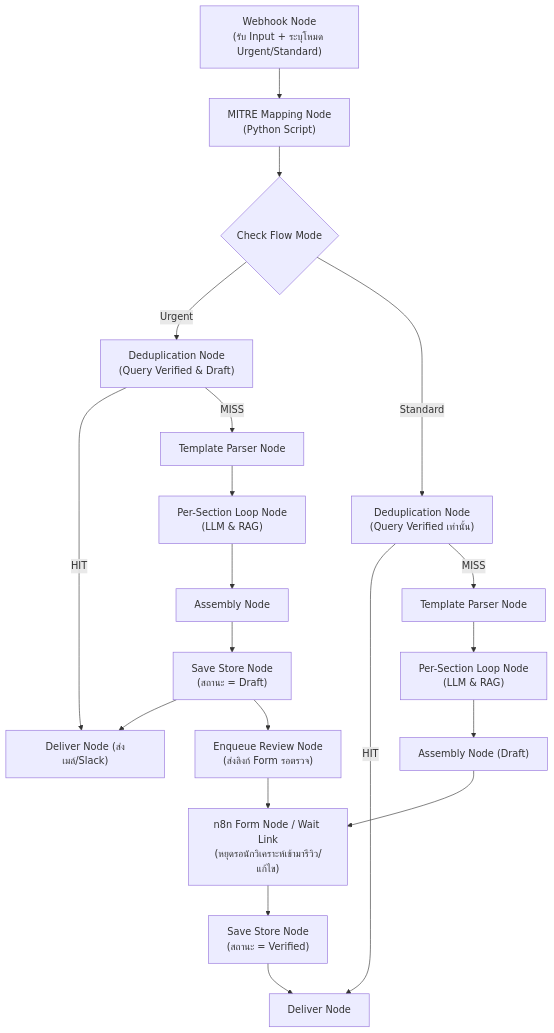
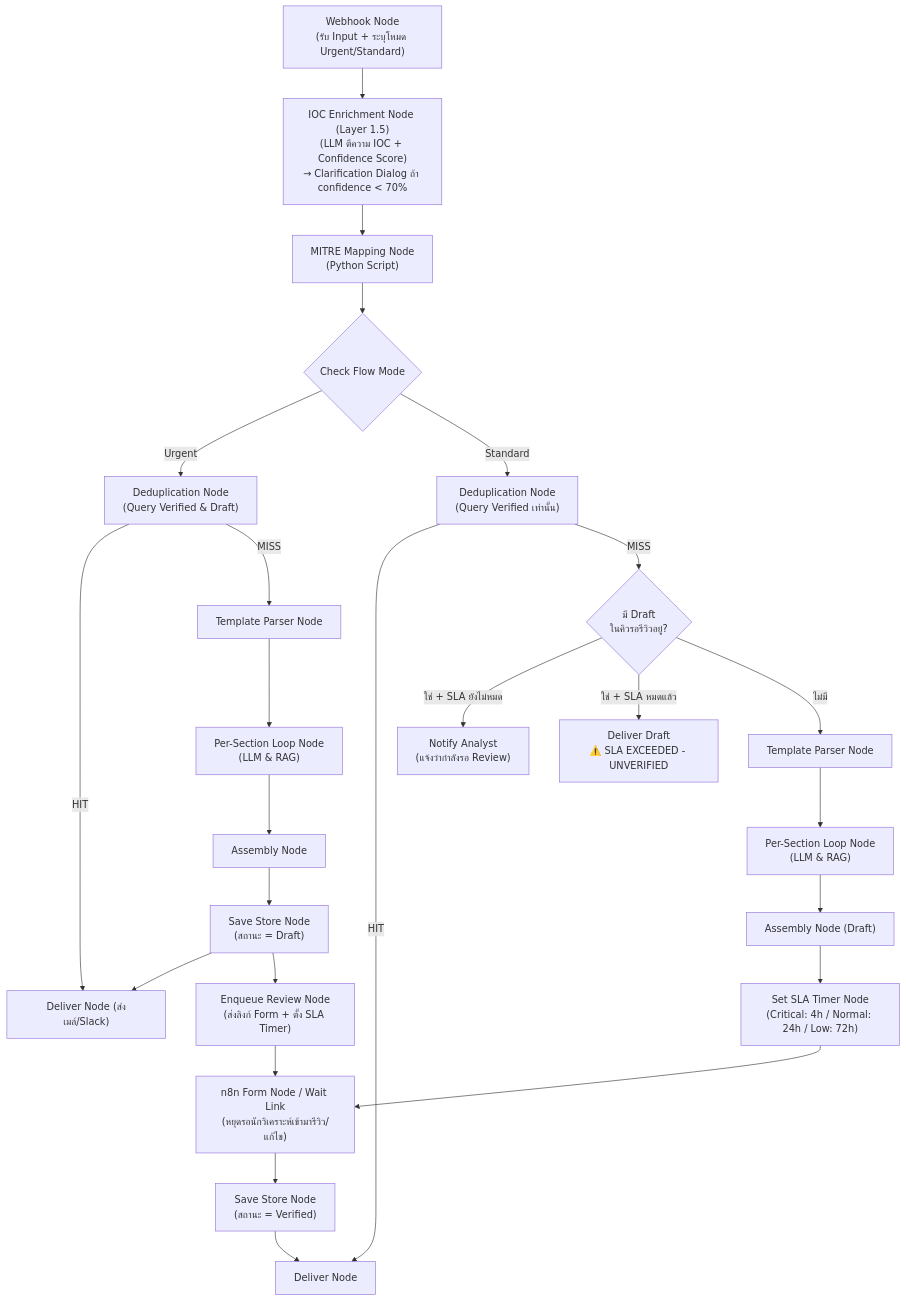
One commit to Chaithawatcer/omnissiah-playbook-workflow changed the seventh of 14 diagrams in architecture.md. Above: the diagram before and after it, drawn with Mermaid. The commit also changed other lines of this file, not shown here.

Commit message:
Add Layer 1.5 IOC Pre-processing, SLA-based Draft escalation for Standard Flow

````diff
--- a/architecture.md
+++ b/architecture.md
@@ -218,29 +279,34 @@
 ```mermaid
 graph TD
     A["Webhook Node\n(รับ Input + ระบุโหมด Urgent/Standard)"]
+    A_enrich["IOC Enrichment Node (Layer 1.5)\n(LLM ตีความ IOC + Confidence Score)\n→ Clarification Dialog ถ้า confidence < 70%"]
     B["MITRE Mapping Node\n(Python Script)"]
     C{"Check Flow Mode"}
-    
+
     %% Urgent Path in n8n
     C -- "Urgent" --> D_urg["Deduplication Node\n(Query Verified & Draft)"]
     D_urg -- "HIT" --> H_urg["Deliver Node (ส่งเมล์/Slack)"]
     D_urg -- "MISS" --> E_urg["Template Parser Node"]
     E_urg --> F_urg["Per-Section Loop Node\n(LLM & RAG)"]
     F_urg --> G_urg["Assembly Node"]
     G_urg --> S_urg["Save Store Node\n(สถานะ = Draft)"]
     S_urg --> H_urg
-    S_urg --> Q_urg["Enqueue Review Node\n(ส่งลิงก์ Form รอตรวจ)"]
+    S_urg --> Q_urg["Enqueue Review Node\n(ส่งลิงก์ Form + ตั้ง SLA Timer)"]
 
     %% Standard Path in n8n
     C -- "Standard" --> D_std["Deduplication Node\n(Query Verified เท่านั้น)"]
     D_std -- "HIT" --> H_std["Deliver Node"]
-    D_std -- "MISS" --> E_std["Template Parser Node"]
+    D_std -- "MISS" --> check_draft{"มี Draft\nในคิวรอรีวิวอยู่?"}
+    check_draft -- "ใช่ + SLA ยังไม่หมด" --> notify_wait["Notify Analyst\n(แจ้งว่ากำลังรอ Review)"]
+    check_draft -- "ใช่ + SLA หมดแล้ว" --> sla_fallback["Deliver Draft\n⚠️ SLA EXCEEDED - UNVERIFIED"]
+    check_draft -- "ไม่มี" --> E_std["Template Parser Node"]
     E_std --> F_std["Per-Section Loop Node\n(LLM & RAG)"]
     F_std --> G_std["Assembly Node (Draft)"]
-    G_std --> W_std["n8n Form Node / Wait Link\n(หยุดรอนักวิเคราะห์เข้ามารีวิว/แก้ไข)"]
+    G_std --> SLA_node["Set SLA Timer Node\n(Critical: 4h / Normal: 24h / Low: 72h)"]
+    SLA_node --> W_std["n8n Form Node / Wait Link\n(หยุดรอนักวิเคราะห์เข้ามารีวิว/แก้ไข)"]
     W_std --> S_std["Save Store Node\n(สถานะ = Verified)"]
     S_std --> H_std
-    
+
     Q_urg --> W_std
-    A --> B --> C
+    A --> A_enrich --> B --> C
 ```
````
